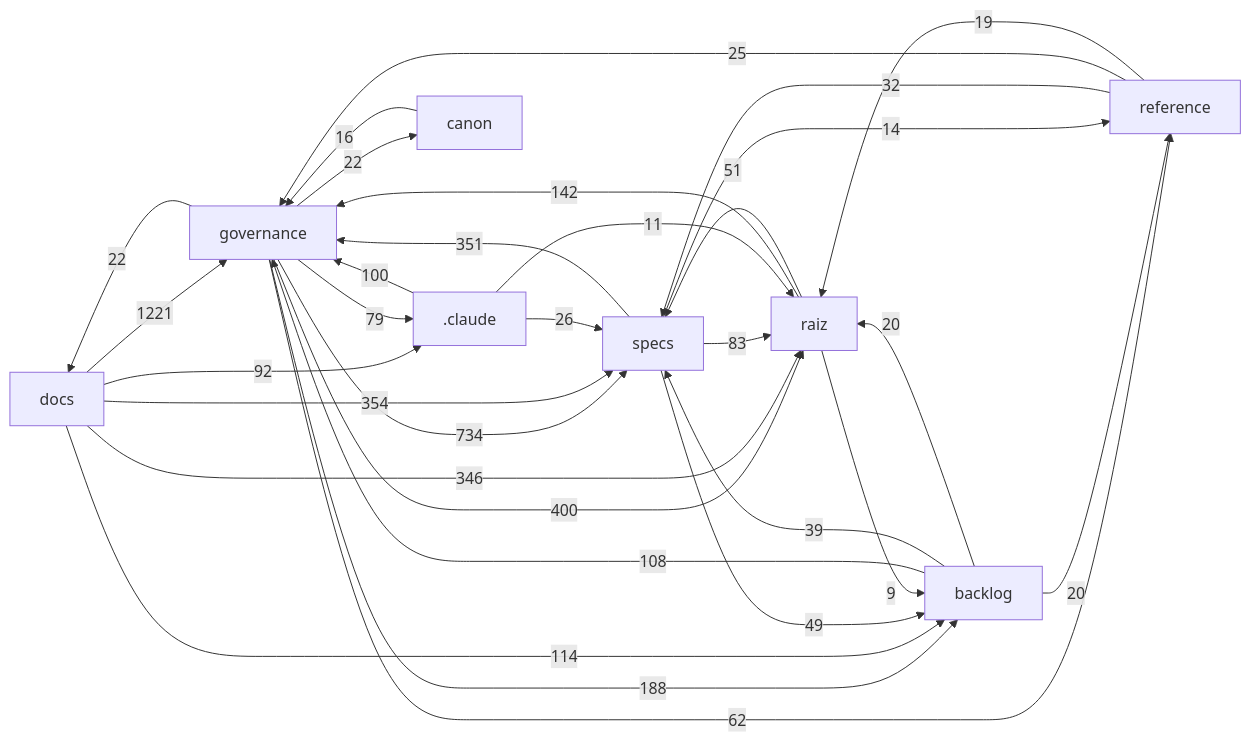
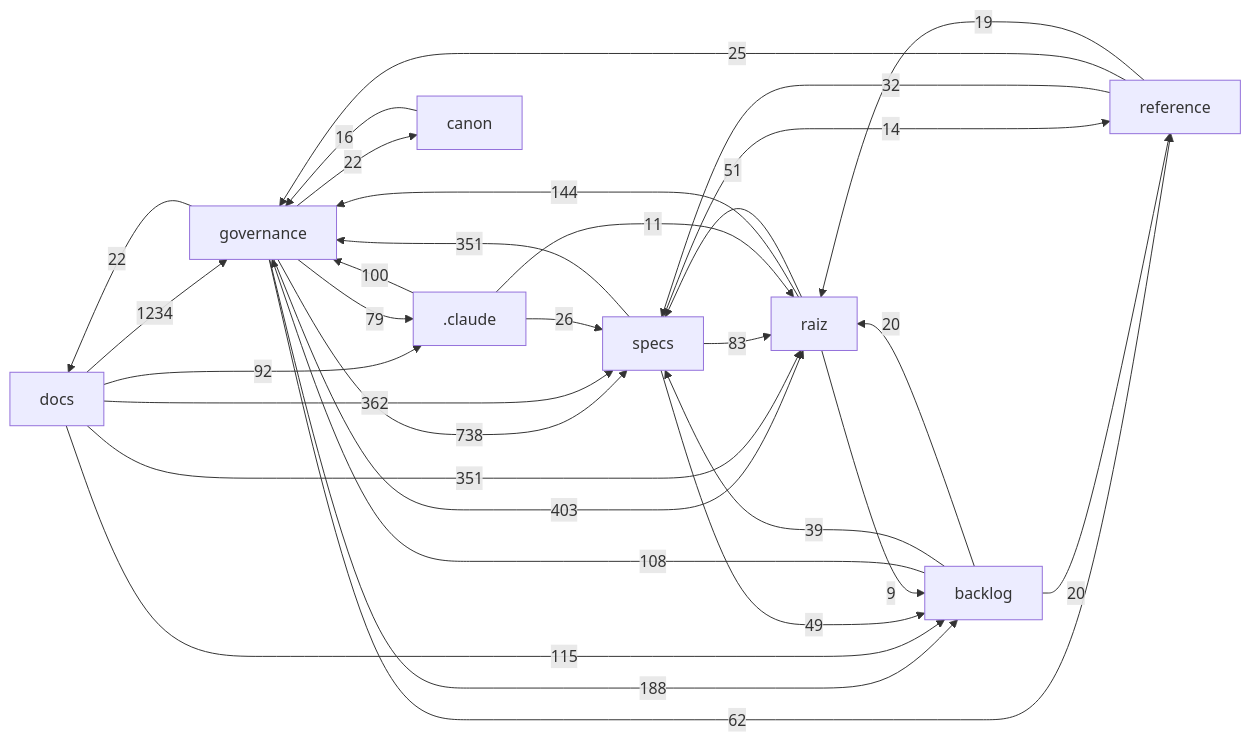
One commit to Andraus35/Sistema-Operacional-de-Trading--SOT changed the diagram in docs/mapa/MAPA-PROJETO.md. Above: the diagram before and after it, drawn with Mermaid. The commit also changed other lines of this file and 6 other files, not shown here.

First line of the commit message:
DHR-SPEC007-006: Q7(c) decidida por Andraus (livro pode ser usado, uso pessoal; envio a empresa de IA aceito, risco dele); ROADMAP, CATALOGO; HANDOFF HO-76

````diff
--- a/docs/mapa/MAPA-PROJETO.md
+++ b/docs/mapa/MAPA-PROJETO.md
@@ -29,33 +29,33 @@
 ```mermaid
 flowchart LR
-  docs["docs"] -->|1221| governance["governance"]
-  governance["governance"] -->|734| specs["specs"]
-  governance["governance"] -->|400| raiz["raiz"]
-  docs["docs"] -->|354| specs["specs"]
+  docs["docs"] -->|1234| governance["governance"]
+  governance["governance"] -->|738| specs["specs"]
+  governance["governance"] -->|403| raiz["raiz"]
+  docs["docs"] -->|362| specs["specs"]
+  docs["docs"] -->|351| raiz["raiz"]
   specs["specs"] -->|351| governance["governance"]
-  docs["docs"] -->|346| raiz["raiz"]
   governance["governance"] -->|188| backlog["backlog"]
-  raiz["raiz"] -->|142| governance["governance"]
-  docs["docs"] -->|114| backlog["backlog"]
+  raiz["raiz"] -->|144| governance["governance"]
+  docs["docs"] -->|115| backlog["backlog"]
   backlog["backlog"] -->|108| governance["governance"]
   _claude[".claude"] -->|100| governance["governance"]
   docs["docs"] -->|92| _claude[".claude"]
   specs["specs"] -->|83| raiz["raiz"]
   governance["governance"] -->|79| _claude[".claude"]
   governance["governance"] -->|62| reference["reference"]
   raiz["raiz"] -->|51| specs["specs"]
   specs["specs"] -->|49| backlog["backlog"]
   backlog["backlog"] -->|39| specs["specs"]
   reference["reference"] -->|32| specs["specs"]
   _claude[".claude"] -->|26| specs["specs"]
   reference["reference"] -->|25| governance["governance"]
   governance["governance"] -->|22| docs["docs"]
   governance["governance"] -->|22| canon["canon"]
   backlog["backlog"] -->|20| raiz["raiz"]
   backlog["backlog"] -->|20| reference["reference"]
   reference["reference"] -->|19| raiz["raiz"]
   canon["canon"] -->|16| governance["governance"]
   specs["specs"] -->|14| reference["reference"]
   _claude[".claude"] -->|11| raiz["raiz"]
   raiz["raiz"] -->|9| backlog["backlog"]
 ```
````
